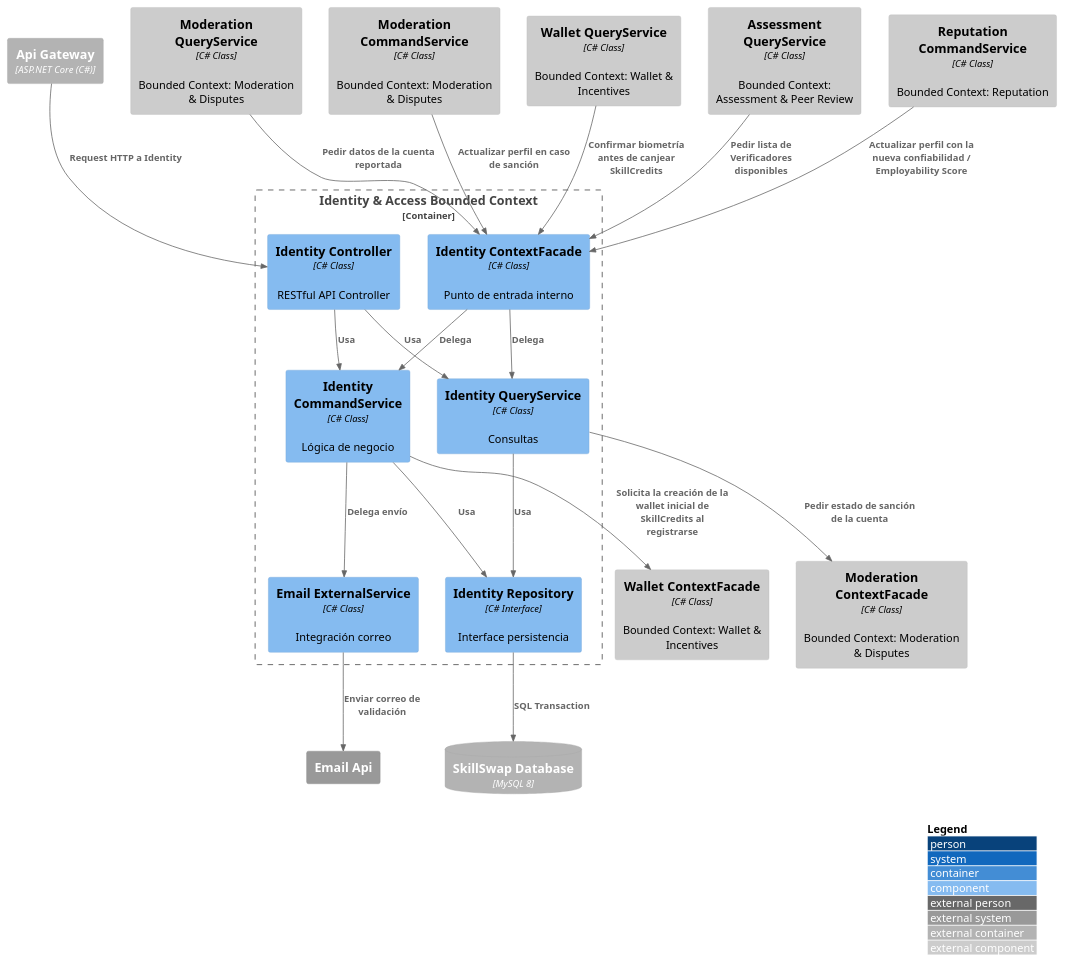
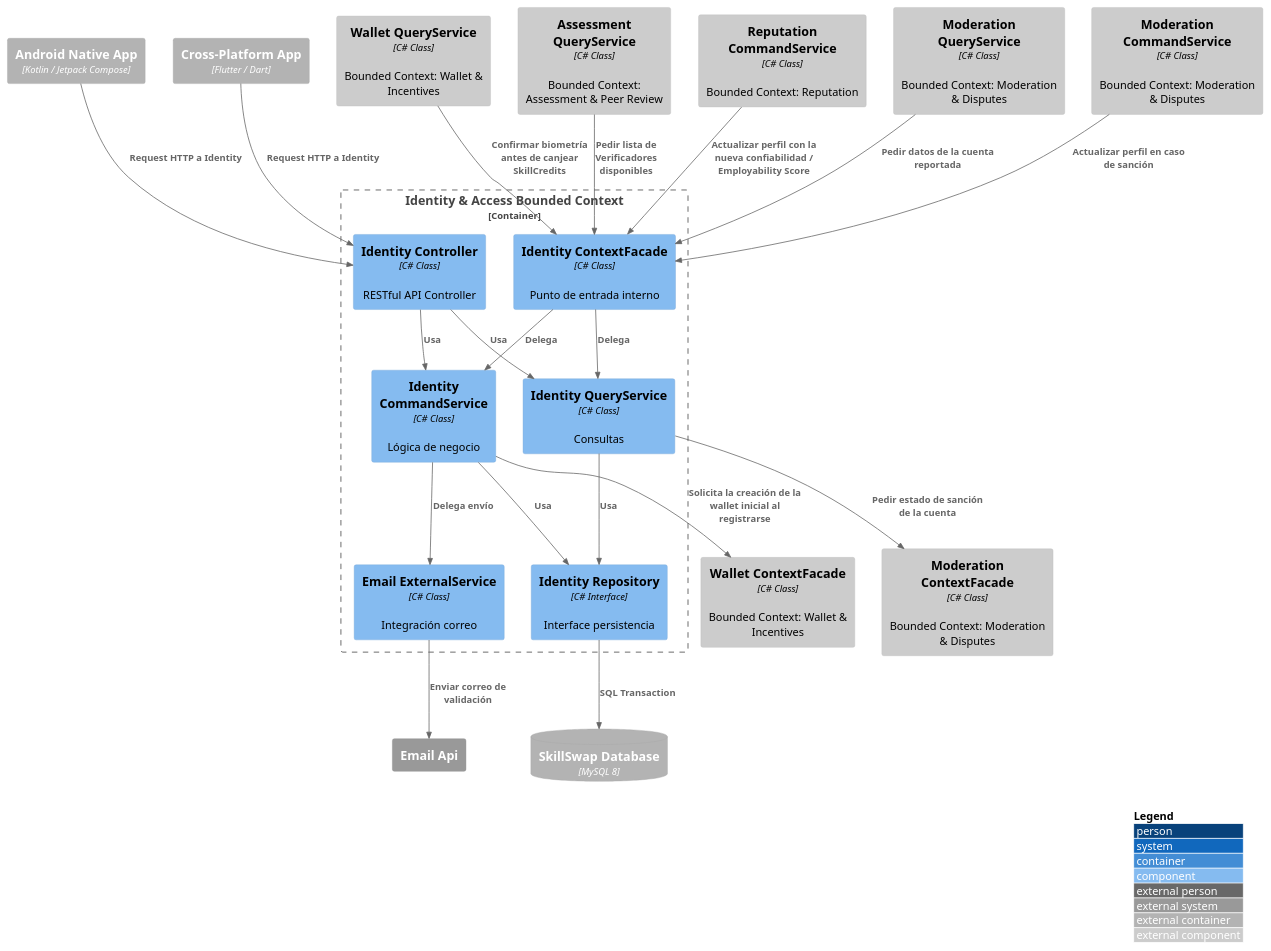
One commit to Aplicaciones-Dispositivos-Moviles/SkillSwap-ProjectReport changed the diagram in DB&C4/Component Diagram — Identity & Access.puml. Above: the diagram before and after it, drawn with PlantUML. The commit also changed 20 other files, not shown here.

Commit message:
docs: modify C4 architecture diagrams per professor request

```diff
--- a/DB&C4/Component Diagram — Identity & Access.puml
+++ b/DB&C4/Component Diagram — Identity & Access.puml
@@ -1,50 +1,52 @@
 @startuml IdentityComponent
 !include https://raw.githubusercontent.com/plantuml-stdlib/C4-PlantUML/master/C4_Component.puml
 
 LAYOUT_WITH_LEGEND()
 
-Container_Ext(apiGateway, "Api Gateway", "ASP.NET Core (C#)")
+Container_Ext(androidApp, "Android Native App", "Kotlin / Jetpack Compose")
+Container_Ext(flutterApp, "Cross-Platform App", "Flutter / Dart")
 ContainerDb_Ext(mainDB, "SkillSwap Database", "MySQL 8")
 System_Ext(emailService, "Email Api")
 
 Container_Boundary(identityBC, "Identity & Access Bounded Context") {
     Component(identityController, "Identity Controller", "C# Class", "RESTful API Controller")
     Component(identityCommandService, "Identity CommandService", "C# Class", "Lógica de negocio")
     Component(identityQueryService, "Identity QueryService", "C# Class", "Consultas")
     Component(identityRepository, "Identity Repository", "C# Interface", "Interface persistencia")
     Component(emailExternal, "Email ExternalService", "C# Class", "Integración correo")
     Component(identityContextFacade, "Identity ContextFacade", "C# Class", "Punto de entrada interno")
 }
 
 Component_Ext(walletContextFacade, "Wallet ContextFacade", "C# Class", "Bounded Context: Wallet & Incentives")
 Component_Ext(moderationContextFacade, "Moderation ContextFacade", "C# Class", "Bounded Context: Moderation & Disputes")
 
 Component_Ext(assessmentQueryService, "Assessment QueryService", "C# Class", "Bounded Context: Assessment & Peer Review")
 Component_Ext(reputationCommandService, "Reputation CommandService", "C# Class", "Bounded Context: Reputation")
 Component_Ext(moderationQueryService, "Moderation QueryService", "C# Class", "Bounded Context: Moderation & Disputes")
 Component_Ext(moderationCommandService, "Moderation CommandService", "C# Class", "Bounded Context: Moderation & Disputes")
 Component_Ext(walletQueryService, "Wallet QueryService", "C# Class", "Bounded Context: Wallet & Incentives")
 
-Rel(apiGateway, identityController, "Request HTTP a Identity")
+Rel(androidApp, identityController, "Request HTTP a Identity")
+Rel(flutterApp, identityController, "Request HTTP a Identity")
 Rel(identityController, identityCommandService, "Usa")
 Rel(identityController, identityQueryService, "Usa")
 Rel(identityCommandService, identityRepository, "Usa")
 Rel(identityQueryService, identityRepository, "Usa")
 Rel(identityRepository, mainDB, "SQL Transaction")
 
 Rel(identityCommandService, emailExternal, "Delega envío")
 Rel(emailExternal, emailService, "Enviar correo de validación")
 
-Rel(identityCommandService, walletContextFacade, "Solicita la creación de la wallet inicial de SkillCredits al registrarse")
+Rel(identityCommandService, walletContextFacade, "Solicita la creación de la wallet inicial al registrarse")
 Rel(identityQueryService, moderationContextFacade, "Pedir estado de sanción de la cuenta")
 
 Rel(identityContextFacade, identityCommandService, "Delega")
 Rel(identityContextFacade, identityQueryService, "Delega")
 
 Rel(assessmentQueryService, identityContextFacade, "Pedir lista de Verificadores disponibles")
 Rel(reputationCommandService, identityContextFacade, "Actualizar perfil con la nueva confiabilidad / Employability Score")
 Rel(moderationQueryService, identityContextFacade, "Pedir datos de la cuenta reportada")
 Rel(moderationCommandService, identityContextFacade, "Actualizar perfil en caso de sanción")
 Rel(walletQueryService, identityContextFacade, "Confirmar biometría antes de canjear SkillCredits")
 
 @enduml
```
